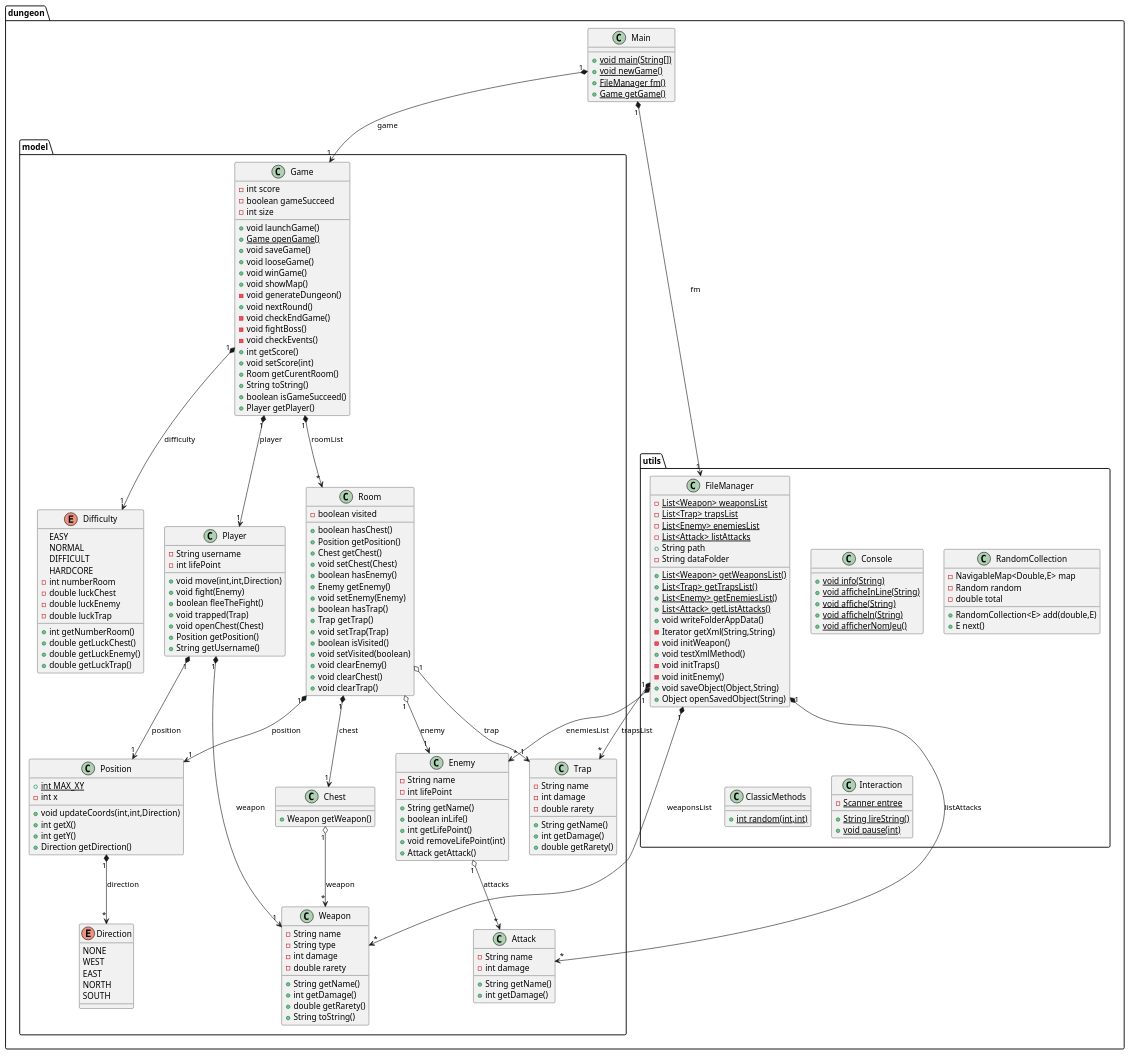
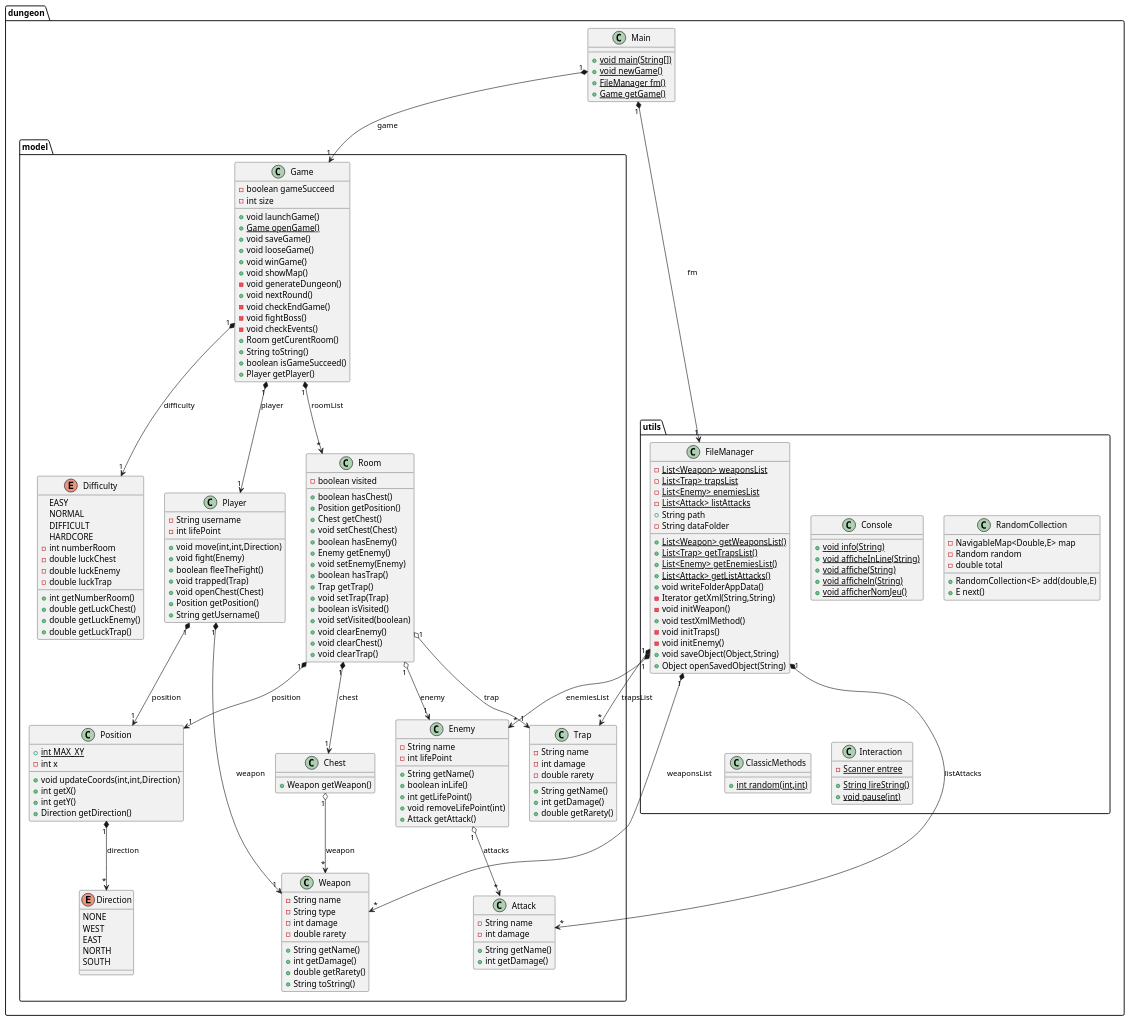
One commit to PixelDream/DungeonPoo changed the diagram in UML.puml. Above: the diagram before and after it, drawn with PlantUML. The commit also changed 2 other files, not shown here.

```diff
--- a/UML.puml
+++ b/UML.puml
@@ -1,196 +1,193 @@
 @startuml
 class dungeon.model.Attack {
 - String name
 - int damage
 + String getName()
 + int getDamage()
 }
 class dungeon.model.Trap {
 - String name
 - int damage
 - double rarety
 + String getName()
 + int getDamage()
 + double getRarety()
 }
 class dungeon.model.Game {
-- int score
 - boolean gameSucceed
 - int size
 + void launchGame()
 + {static} Game openGame()
 + void saveGame()
 + void looseGame()
 + void winGame()
 + void showMap()
 - void generateDungeon()
 + void nextRound()
 - void checkEndGame()
 - void fightBoss()
 - void checkEvents()
-+ int getScore()
-+ void setScore(int)
 + Room getCurentRoom()
 + String toString()
 + boolean isGameSucceed()
 + Player getPlayer()
 }
 class dungeon.model.Room {
 - boolean visited
 + boolean hasChest()
 + Position getPosition()
 + Chest getChest()
 + void setChest(Chest)
 + boolean hasEnemy()
 + Enemy getEnemy()
 + void setEnemy(Enemy)
 + boolean hasTrap()
 + Trap getTrap()
 + void setTrap(Trap)
 + boolean isVisited()
 + void setVisited(boolean)
 + void clearEnemy()
 + void clearChest()
 + void clearTrap()
 }
 class dungeon.utils.Console {
 + {static} void info(String)
 + {static} void afficheInLine(String)
 + {static} void affiche(String)
 + {static} void afficheln(String)
 + {static} void afficherNomJeu()
 }
 class dungeon.model.Player {
 - String username
 - int lifePoint
 + void move(int,int,Direction)
 + void fight(Enemy)
 + boolean fleeTheFight()
 + void trapped(Trap)
 + void openChest(Chest)
 + Position getPosition()
 + String getUsername()
 }
 class dungeon.utils.RandomCollection {
 - NavigableMap<Double,E> map
 - Random random
 - double total
 + RandomCollection<E> add(double,E)
 + E next()
 }
 class dungeon.model.Weapon {
 - String name
 - String type
 - int damage
 - double rarety
 + String getName()
 + int getDamage()
 + double getRarety()
 + String toString()
 }
 class dungeon.Main {
 + {static} void main(String[])
 + {static} void newGame()
 + {static} FileManager fm()
 + {static} Game getGame()
 }
 class dungeon.utils.ClassicMethods {
 + {static} int random(int,int)
 }
 class dungeon.model.Enemy {
 - String name
 - int lifePoint
 + String getName()
 + boolean inLife()
 + int getLifePoint()
 + void removeLifePoint(int)
 + Attack getAttack()
 }
 class dungeon.model.Position {
 + {static} int MAX_XY
 - int x
 + void updateCoords(int,int,Direction)
 + int getX()
 + int getY()
 + Direction getDirection()
 }
 class dungeon.utils.FileManager {
 - {static} List<Weapon> weaponsList
 - {static} List<Trap> trapsList
 - {static} List<Enemy> enemiesList
 - {static} List<Attack> listAttacks
 + String path
 - String dataFolder
 + {static} List<Weapon> getWeaponsList()
 + {static} List<Trap> getTrapsList()
 + {static} List<Enemy> getEnemiesList()
 + {static} List<Attack> getListAttacks()
 + void writeFolderAppData()
 - Iterator getXml(String,String)
 - void initWeapon()
 + void testXmlMethod()
 - void initTraps()
 - void initEnemy()
 + void saveObject(Object,String)
 + Object openSavedObject(String)
 }
 class dungeon.utils.Interaction {
 - {static} Scanner entree
 + {static} String lireString()
 + {static} void pause(int)
 }
 class dungeon.model.Chest {
 + Weapon getWeapon()
 }
 enum dungeon.model.Difficulty {
 EASY
 NORMAL
 DIFFICULT
 HARDCORE
 - int numberRoom
 - double luckChest
 - double luckEnemy
 - double luckTrap
 
 + int getNumberRoom()
 + double getLuckChest()
 + double getLuckEnemy()
 + double getLuckTrap()
 }
 enum dungeon.model.Direction {
 NONE
 WEST
 EAST
 NORTH
 SOUTH
 }
 
 
 dungeon.model.Game "1" *--> "1" dungeon.model.Player : player
 dungeon.model.Game "1" *--> "1" dungeon.model.Difficulty : difficulty
 dungeon.model.Game "1" *--> "*" dungeon.model.Room : roomList
 
 dungeon.model.Room "1" *--> "1" dungeon.model.Position : position
 dungeon.model.Room "1" *--> "1" dungeon.model.Chest : chest
 dungeon.model.Room "1" o--> "1" dungeon.model.Enemy : enemy
 dungeon.model.Room "1" o--> "1" dungeon.model.Trap : trap
 
 dungeon.model.Player "1" *--> "1" dungeon.model.Position : position
 dungeon.model.Player "1" *--> "1" dungeon.model.Weapon : weapon
 
 dungeon.Main "1" *--> "1" dungeon.model.Game : game
 dungeon.Main "1" *--> "1" dungeon.utils.FileManager : fm
 
 dungeon.model.Enemy "1" o--> "*" dungeon.model.Attack: attacks
 
 dungeon.model.Position "1" *--> "*" dungeon.model.Direction : direction
 
 dungeon.model.Chest "1" o--> "*" dungeon.model.Weapon : weapon
 
 dungeon.utils.FileManager "1" *--> "*" dungeon.model.Weapon : weaponsList
 dungeon.utils.FileManager "1" *--> "*" dungeon.model.Attack : listAttacks
 dungeon.utils.FileManager "1" *--> "*" dungeon.model.Enemy : enemiesList
 dungeon.utils.FileManager "1" *--> "*" dungeon.model.Trap : trapsList
 
 
 @enduml
```
